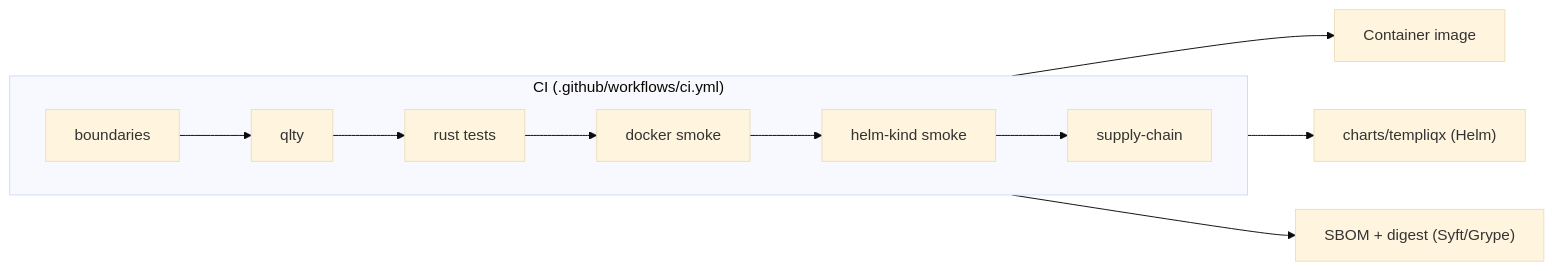
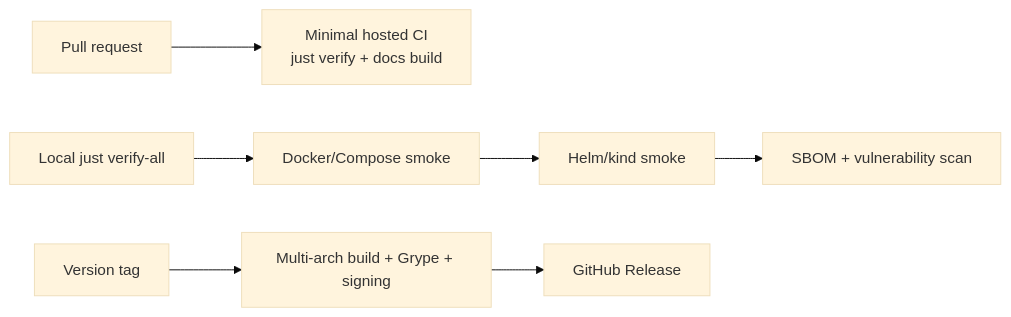
The third of 3 diagrams in README.md (RyanLisse/templiqx), drawn with Mermaid (base theme) before and after one commit. The commit also changed other lines of this file and 9 other files, not shown here.

````diff
--- a/README.md
+++ b/README.md
@@ -144,10 +145,9 @@
 ```mermaid
 flowchart LR
-    subgraph CI["CI (.github/workflows/ci.yml)"]
-        direction LR
-        Boundaries["boundaries"] --> Qlty["qlty"] --> Rust["rust tests"] --> Docker["docker smoke"] --> Helm["helm-kind smoke"] --> Supply["supply-chain"]
-    end
-    Docker --> Image["Container image"]
-    Helm --> Chart["charts/templiqx (Helm)"]
-    Supply --> SBOM["SBOM + digest (Syft/Grype)"]
+    PR["Pull request"] --> CI["Minimal hosted CI\njust verify + docs build"]
+    Local["Local just verify-all"] --> Docker["Docker/Compose smoke"]
+    Docker --> Helm["Helm/kind smoke"]
+    Helm --> Supply["SBOM + vulnerability scan"]
+    Tag["Version tag"] --> Release["Multi-arch build + Grype + signing"]
+    Release --> GitHub["GitHub Release"]
 ```
````
